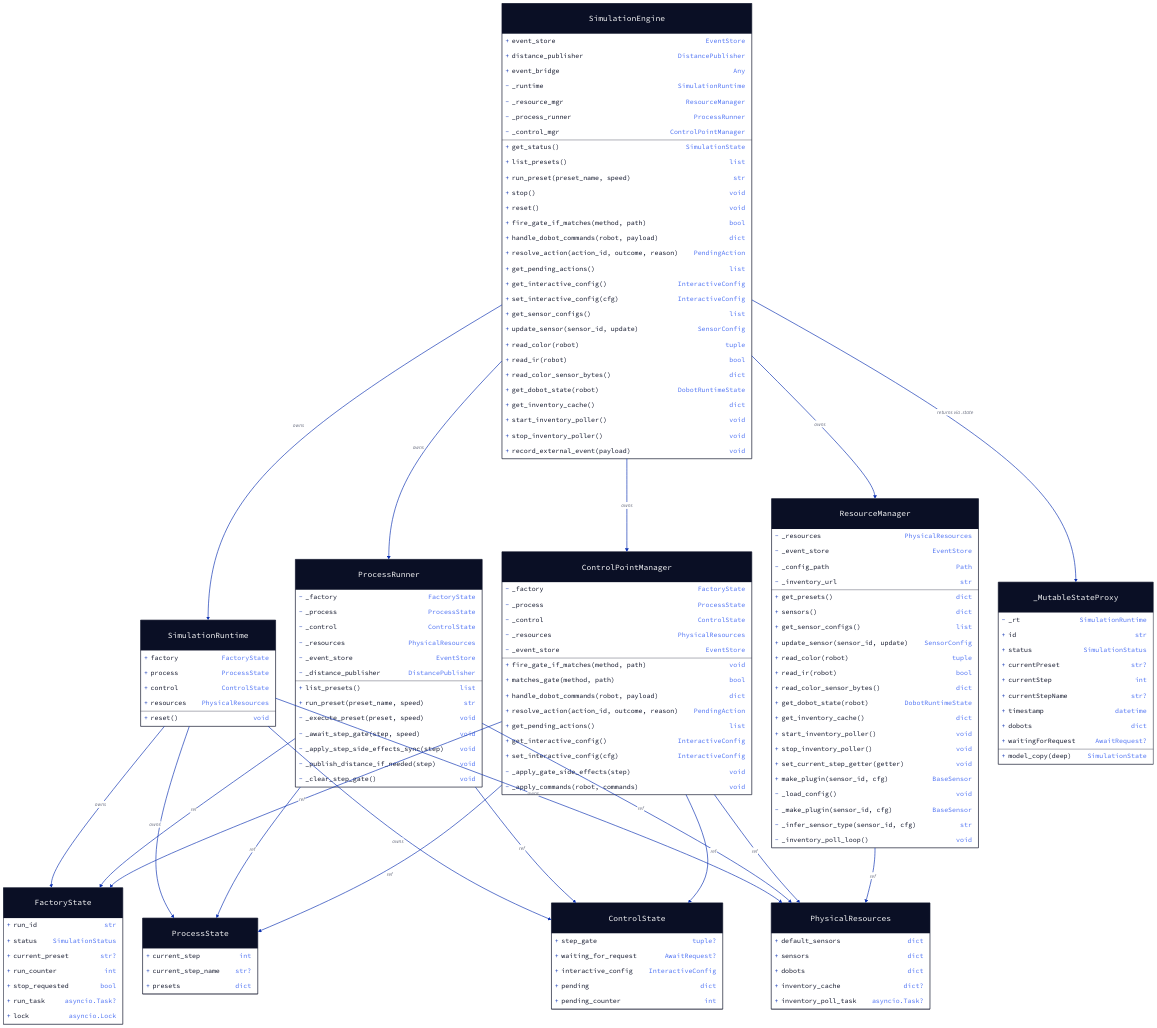
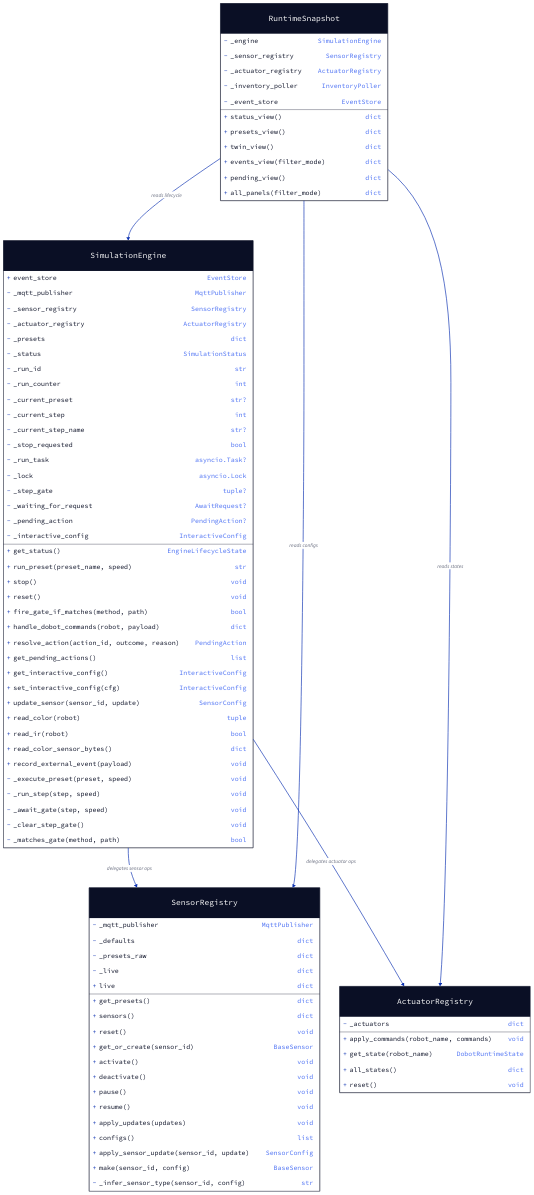
The diagram in services/simulated-factory/simulated_factory/diagrams/03-engine-class.d2 (ielpo/edpo-project-group1), drawn with D2 before and after one commit. The commit also changed 19 other files, not shown here.

```diff
--- a/services/simulated-factory/simulated_factory/diagrams/03-engine-class.d2
+++ b/services/simulated-factory/simulated_factory/diagrams/03-engine-class.d2
@@ -1,189 +1,106 @@
-# Engine class diagram: facade, runtime state holders, and the three domain managers.
+# Engine + registries class diagram.
 # Render: d2 03-engine-class.d2 engine-class.svg
 
 SimulationEngine: {
   shape: class
 
   +event_store: EventStore
-  +distance_publisher: DistancePublisher
-  +event_bridge: Any
-  -_runtime: SimulationRuntime
-  -_resource_mgr: ResourceManager
-  -_process_runner: ProcessRunner
-  -_control_mgr: ControlPointManager
+  -_mqtt_publisher: MqttPublisher
+  -_sensor_registry: SensorRegistry
+  -_actuator_registry: ActuatorRegistry
+  -_presets: dict
+  -_status: SimulationStatus
+  -_run_id: str
+  -_run_counter: int
+  -_current_preset: str?
+  -_current_step: int
+  -_current_step_name: str?
+  -_stop_requested: bool
+  -_run_task: asyncio.Task?
+  -_lock: asyncio.Lock
+  -_step_gate: tuple?
+  -_waiting_for_request: AwaitRequest?
+  -_pending_action: PendingAction?
+  -_interactive_config: InteractiveConfig
 
-  +get_status(): SimulationState
-  +list_presets(): list
+  +get_status(): EngineLifecycleState
   +run_preset(preset_name, speed): str
   +stop()
   +reset()
   +fire_gate_if_matches(method, path): bool
   +handle_dobot_commands(robot, payload): dict
   +resolve_action(action_id, outcome, reason): PendingAction
   +get_pending_actions(): list
   +get_interactive_config(): InteractiveConfig
   +set_interactive_config(cfg): InteractiveConfig
-  +get_sensor_configs(): list
   +update_sensor(sensor_id, update): SensorConfig
   +read_color(robot): tuple
   +read_ir(robot): bool
   +read_color_sensor_bytes(): dict
-  +get_dobot_state(robot): DobotRuntimeState
-  +get_inventory_cache(): dict
-  +start_inventory_poller()
-  +stop_inventory_poller()
   +record_external_event(payload)
+  -_execute_preset(preset, speed)
+  -_run_step(step, speed)
+  -_await_gate(step, speed)
+  -_clear_step_gate()
+  -_matches_gate(method, path): bool
+  -_record_event(event_type, **kwargs)
 }
 
-SimulationRuntime: {
+SensorRegistry: {
   shape: class
-  +factory: FactoryState
-  +process: ProcessState
-  +control: ControlState
-  +resources: PhysicalResources
+
+  -_mqtt_publisher: MqttPublisher
+  -_defaults: dict
+  -_presets_raw: dict
+  -_live: dict
+
+  +get_presets(): dict
+  +sensors(): dict
+  +reset()
+  +get_or_create(sensor_id): BaseSensor
+  +activate()
+  +deactivate()
+  +pause()
+  +resume()
+  +apply_updates(updates)
+  +configs(): list
+  +apply_sensor_update(sensor_id, update): SensorConfig
+  +make(sensor_id, config): BaseSensor
+  -_infer_sensor_type(sensor_id, config): str
+  +live: dict
+}
+
+ActuatorRegistry: {
+  shape: class
+
+  -_actuators: dict
+
+  +apply_commands(robot_name, commands)
+  +get_state(robot_name): DobotRuntimeState
+  +all_states(): dict
   +reset()
 }
 
-FactoryState: {
+RuntimeSnapshot: {
   shape: class
-  +run_id: str
-  +status: SimulationStatus
-  +current_preset: str?
-  +run_counter: int
-  +stop_requested: bool
-  +run_task: asyncio.Task?
-  +lock: asyncio.Lock
+
+  -_engine: SimulationEngine
+  -_sensor_registry: SensorRegistry
+  -_actuator_registry: ActuatorRegistry
+  -_inventory_poller: InventoryPoller
+  -_event_store: EventStore
+
+  +status_view(): dict
+  +presets_view(): dict
+  +twin_view(): dict
+  +events_view(filter_mode): dict
+  +pending_view(): dict
+  +all_panels(filter_mode): dict
 }
 
-ProcessState: {
-  shape: class
-  +current_step: int
-  +current_step_name: str?
-  +presets: dict
-}
-
-ControlState: {
-  shape: class
-  +step_gate: tuple?
-  +waiting_for_request: AwaitRequest?
-  +interactive_config: InteractiveConfig
-  +pending: dict
-  +pending_counter: int
-}
-
-PhysicalResources: {
-  shape: class
-  +default_sensors: dict
-  +sensors: dict
-  +dobots: dict
-  +inventory_cache: dict?
-  +inventory_poll_task: asyncio.Task?
-}
-
-ProcessRunner: {
-  shape: class
-
-  -_factory: FactoryState
-  -_process: ProcessState
-  -_control: ControlState
-  -_resources: PhysicalResources
-  -_event_store: EventStore
-  -_distance_publisher: DistancePublisher
-
-  +list_presets(): list
-  +run_preset(preset_name, speed): str
-  -_execute_preset(preset, speed)
-  -_await_step_gate(step, speed)
-  -_apply_step_side_effects_sync(step)
-  -_publish_distance_if_needed(step)
-  -_clear_step_gate()
-}
-
-ControlPointManager: {
-  shape: class
-
-  -_factory: FactoryState
-  -_process: ProcessState
-  -_control: ControlState
-  -_resources: PhysicalResources
-  -_event_store: EventStore
-
-  +fire_gate_if_matches(method, path)
-  +matches_gate(method, path): bool
-  +handle_dobot_commands(robot, payload): dict
-  +resolve_action(action_id, outcome, reason): PendingAction
-  +get_pending_actions(): list
-  +get_interactive_config(): InteractiveConfig
-  +set_interactive_config(cfg): InteractiveConfig
-  -_apply_gate_side_effects(step)
-  -_apply_commands(robot, commands)
-}
-
-ResourceManager: {
-  shape: class
-
-  -_resources: PhysicalResources
-  -_event_store: EventStore
-  -_config_path: Path
-  -_inventory_url: str
-
-  +get_presets(): dict
-  +sensors(): dict
-  +get_sensor_configs(): list
-  +update_sensor(sensor_id, update): SensorConfig
-  +read_color(robot): tuple
-  +read_ir(robot): bool
-  +read_color_sensor_bytes(): dict
-  +get_dobot_state(robot): DobotRuntimeState
-  +get_inventory_cache(): dict
-  +start_inventory_poller()
-  +stop_inventory_poller()
-  +set_current_step_getter(getter)
-  +make_plugin(sensor_id, cfg): BaseSensor
-  -_load_config()
-  -_make_plugin(sensor_id, cfg): BaseSensor
-  -_infer_sensor_type(sensor_id, cfg): str
-  -_inventory_poll_loop()
-}
-
-_MutableStateProxy: {
-  shape: class
-
-  # Backward-compat shim exposed via SimulationEngine.state.
-  # All fields are proxied to SimulationRuntime.
-  -_rt: SimulationRuntime
-  +id: str
-  +status: SimulationStatus
-  +currentPreset: str?
-  +currentStep: int
-  +currentStepName: str?
-  +timestamp: datetime
-  +dobots: dict
-  +waitingForRequest: AwaitRequest?
-  +model_copy(deep): SimulationState
-}
-
-# Composition: SimulationEngine owns runtime + managers
-SimulationEngine     -> SimulationRuntime:    "owns"
-SimulationEngine     -> ProcessRunner:        "owns"
-SimulationEngine     -> ControlPointManager:  "owns"
-SimulationEngine     -> ResourceManager:      "owns"
-SimulationEngine     -> _MutableStateProxy:   "returns via .state"
-
-SimulationRuntime    -> FactoryState:         "owns"
-SimulationRuntime    -> ProcessState:         "owns"
-SimulationRuntime    -> ControlState:         "owns"
-SimulationRuntime    -> PhysicalResources:    "owns"
-
-# Managers share references to runtime sub-states (not ownership)
-ProcessRunner        -> FactoryState:         "ref"
-ProcessRunner        -> ProcessState:         "ref"
-ProcessRunner        -> ControlState:         "ref"
-ProcessRunner        -> PhysicalResources:    "ref"
-
-ControlPointManager  -> FactoryState:         "ref"
-ControlPointManager  -> ProcessState:         "ref"
-ControlPointManager  -> ControlState:         "ref"
-ControlPointManager  -> PhysicalResources:    "ref"
-
-ResourceManager      -> PhysicalResources:    "ref"
+# Composition
+SimulationEngine -> SensorRegistry:   "delegates sensor ops"
+SimulationEngine -> ActuatorRegistry: "delegates actuator ops"
+RuntimeSnapshot  -> SimulationEngine: "reads lifecycle"
+RuntimeSnapshot  -> SensorRegistry:   "reads configs"
+RuntimeSnapshot  -> ActuatorRegistry: "reads states"
```
